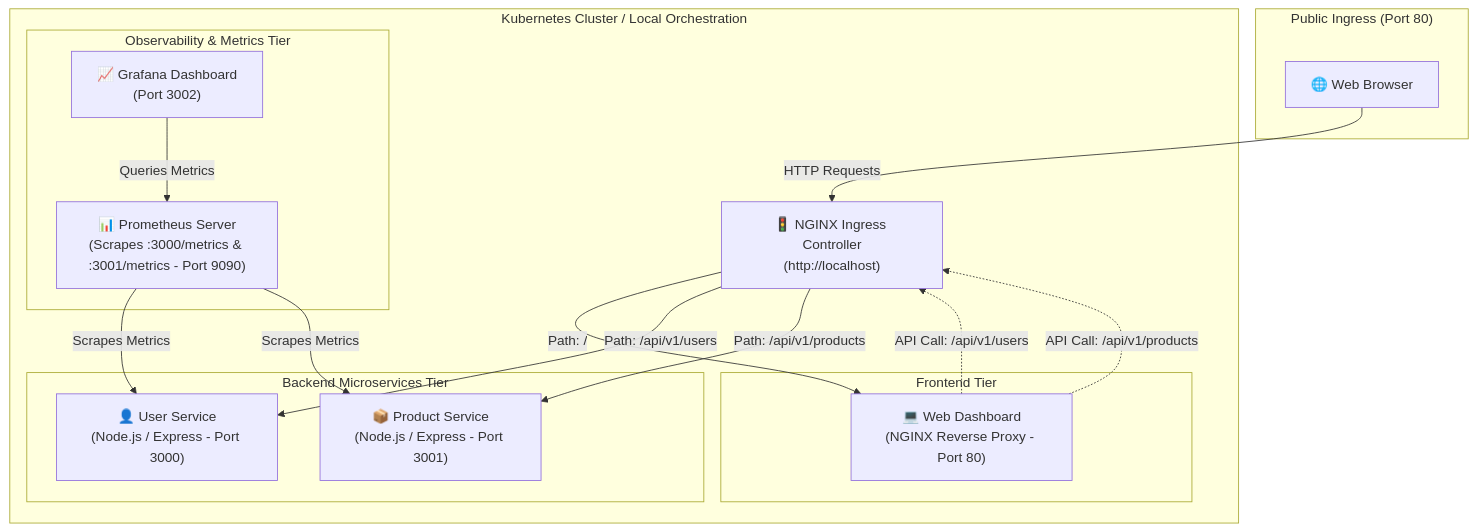
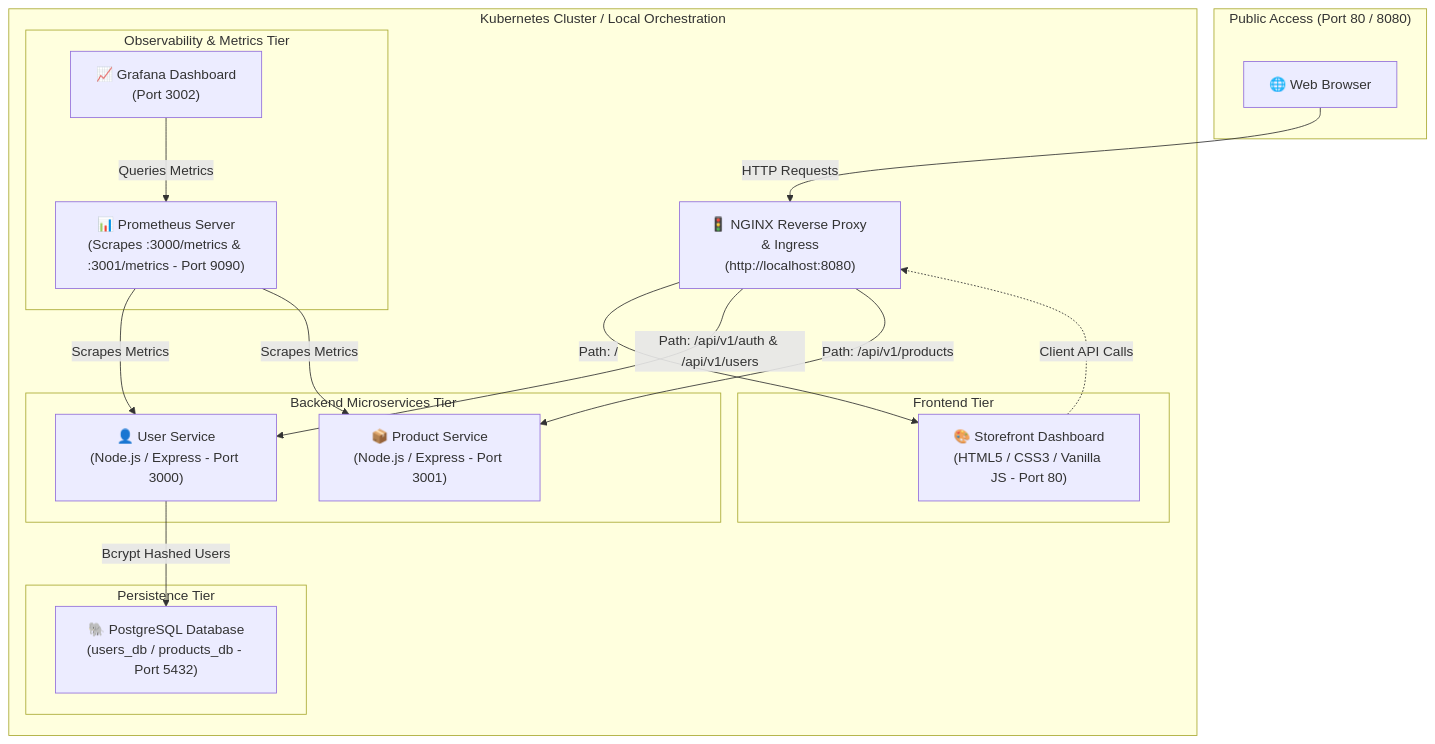
The diagram in README.md (DeemanthaGunasekara/MicroServices-WebApp), drawn with Mermaid before and after one commit. The commit also changed other lines of this file, not shown here.

Commit message:
docs: comprehensive README update covering architecture, storefront, database, and devops practices

````diff
--- a/README.md
+++ b/README.md
@@ -9,36 +9,40 @@
 ```mermaid
 flowchart TD
-    subgraph Client["Public Ingress (Port 80)"]
+    subgraph Client["Public Access (Port 80 / 8080)"]
         Browser["🌐 Web Browser"]
     end
 
     subgraph Kubernetes["Kubernetes Cluster / Local Orchestration"]
-        Ingress["🚦 NGINX Ingress Controller\n(http://localhost)"]
+        Ingress["🚦 NGINX Reverse Proxy & Ingress\n(http://localhost:8080)"]
 
         subgraph FrontendGroup["Frontend Tier"]
-            Frontend["💻 Web Dashboard\n(NGINX Reverse Proxy - Port 80)"]
+            Frontend["🎨 Storefront Dashboard\n(HTML5 / CSS3 / Vanilla JS - Port 80)"]
         end
 
         subgraph BackendGroup["Backend Microservices Tier"]
             UserService["👤 User Service\n(Node.js / Express - Port 3000)"]
             ProductService["📦 Product Service\n(Node.js / Express - Port 3001)"]
+        end
+
+        subgraph DatabaseGroup["Persistence Tier"]
+            Postgres["🐘 PostgreSQL Database\n(users_db / products_db - Port 5432)"]
         end
 
         subgraph MonitoringGroup["Observability & Metrics Tier"]
             Prometheus["📊 Prometheus Server\n(Scrapes :3000/metrics & :3001/metrics - Port 9090)"]
             Grafana["📈 Grafana Dashboard\n(Port 3002)"]
         end
     end
 
     Browser -->|HTTP Requests| Ingress
     Ingress -->|Path: / | Frontend
-    Ingress -->|Path: /api/v1/users| UserService
+    Ingress -->|Path: /api/v1/auth & /api/v1/users| UserService
     Ingress -->|Path: /api/v1/products| ProductService
 
-    Frontend -.->|API Call: /api/v1/users| Ingress
-    Frontend -.->|API Call: /api/v1/products| Ingress
+    Frontend -.->|Client API Calls| Ingress
 
+    UserService -->|Bcrypt Hashed Users| Postgres
     Prometheus -->|Scrapes Metrics| UserService
     Prometheus -->|Scrapes Metrics| ProductService
     Grafana -->|Queries Metrics| Prometheus
 ```
````
